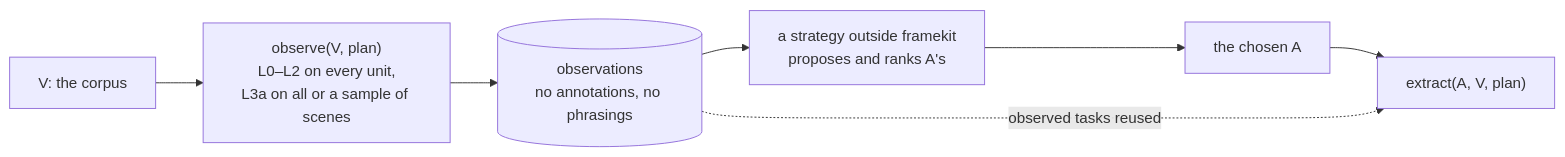
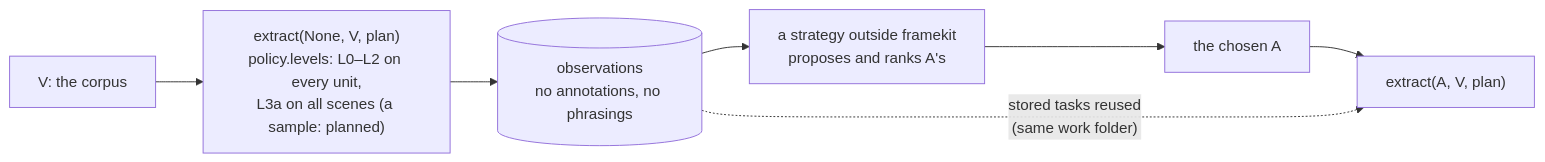
Before and after one commit to edyhtan/framekit: the fifth of 7 diagrams in docs/DESIGN.md, drawn with Mermaid. The commit also changed other lines of this file and 16 other files, not shown here.

First line of the commit message:
Run levels: policy.levels runs chosen levels; a run without A when no level needs it (#28)

````diff
--- a/docs/DESIGN.md
+++ b/docs/DESIGN.md
@@ -332,9 +333,9 @@
 ```mermaid
 flowchart LR
-    V["V: the corpus"] --> OB["observe(V, plan)<br/>L0–L2 on every unit,<br/>L3a on all or a sample of scenes"]
+    V["V: the corpus"] --> OB["extract(None, V, plan)<br/>policy.levels: L0–L2 on every unit,<br/>L3a on all scenes (a sample: planned)"]
     OB --> OD[("observations<br/>no annotations, no phrasings")]
     OD --> ST["a strategy outside framekit<br/>proposes and ranks A's"]
     ST --> A["the chosen A"]
     A --> EX["extract(A, V, plan)"]
-    OD -. "observed tasks reused" .-> EX
+    OD -. "stored tasks reused<br/>(same work folder)" .-> EX
 ```
````
